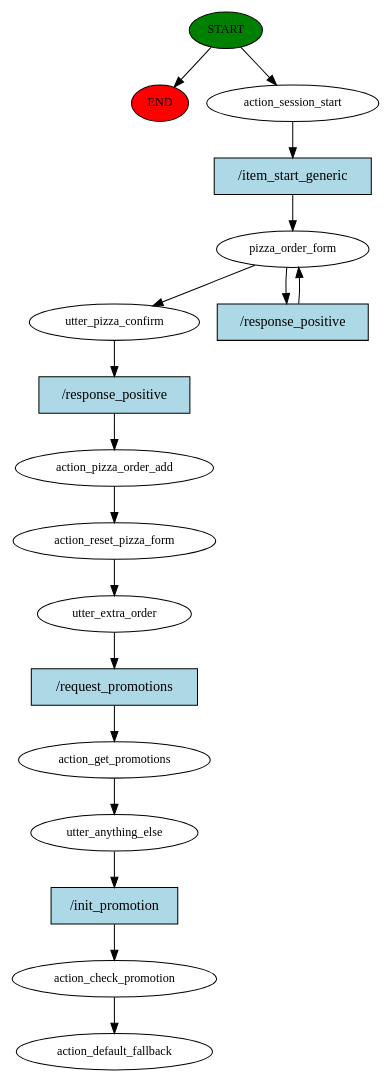
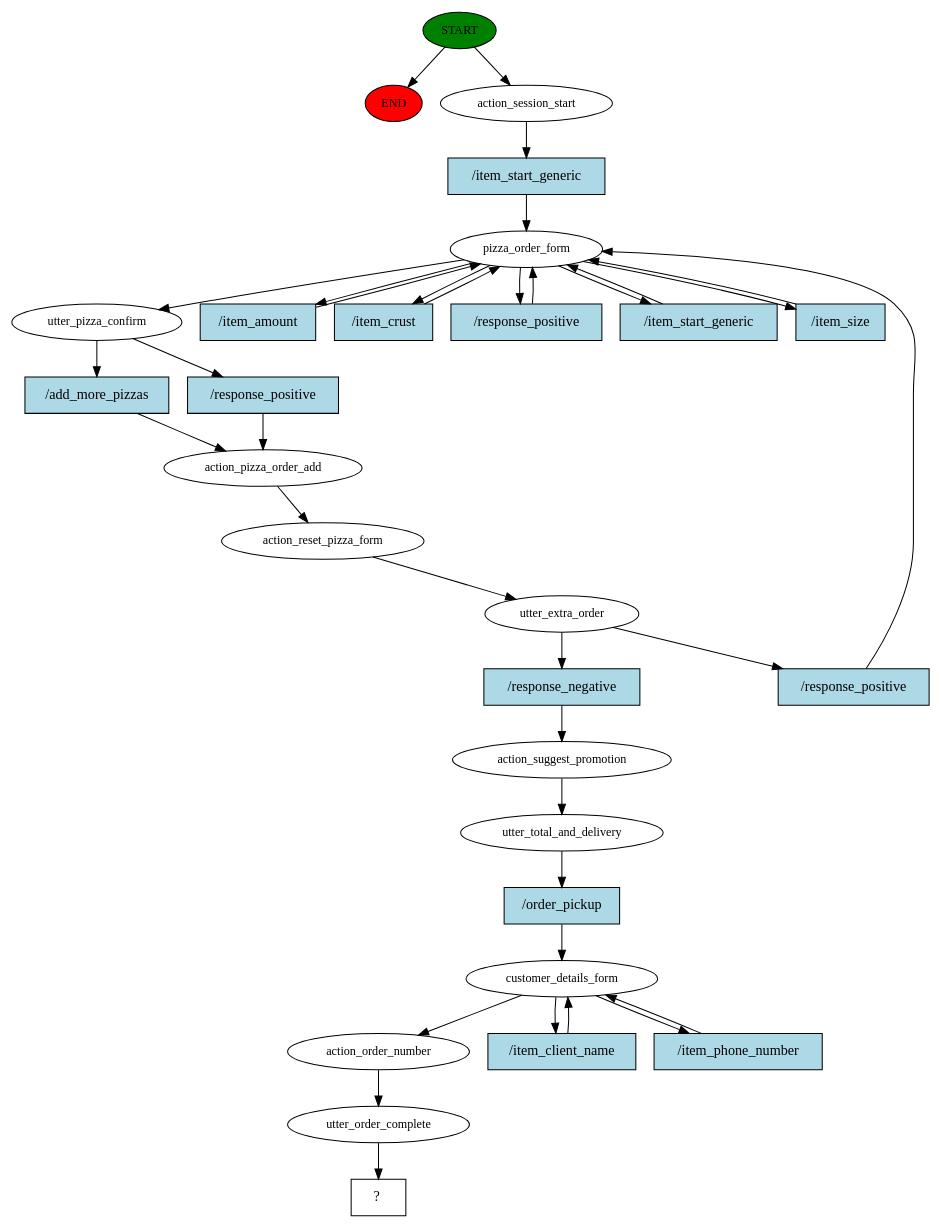
One commit to pasterzewa/HMD-PizzaBot-project changed the diagram in story_graph.dot. Above: the diagram before and after it, drawn with Graphviz. The commit also changed 279 other files, not shown here.

```diff
--- a/story_graph.dot
+++ b/story_graph.dot
@@ -1,36 +1,64 @@
 digraph  {
 0 [class="start active", fillcolor=green, fontsize=12, label=START, style=filled];
 "-1" [class=end, fillcolor=red, fontsize=12, label=END, style=filled];
 1 [class=active, fontsize=12, label=action_session_start];
 2 [class=active, fontsize=12, label=pizza_order_form];
-4 [class=active, fontsize=12, label=utter_pizza_confirm];
-5 [class=active, fontsize=12, label=action_pizza_order_add];
-6 [class=active, fontsize=12, label=action_reset_pizza_form];
-7 [class=active, fontsize=12, label=utter_extra_order];
-8 [class=active, fontsize=12, label=action_get_promotions];
-9 [class=active, fontsize=12, label=utter_anything_else];
-10 [class=active, fontsize=12, label=action_check_promotion];
-11 [class="dashed active", fontsize=12, label=action_default_fallback];
-12 [class="intent active", fillcolor=lightblue, label="/item_start_generic", shape=rect, style=filled];
-13 [class="intent active", fillcolor=lightblue, label="/response_positive", shape=rect, style=filled];
-14 [class="intent active", fillcolor=lightblue, label="/response_positive", shape=rect, style=filled];
-15 [class="intent active", fillcolor=lightblue, label="/request_promotions", shape=rect, style=filled];
-16 [class="intent active", fillcolor=lightblue, label="/init_promotion", shape=rect, style=filled];
+6 [class=active, fontsize=12, label=utter_pizza_confirm];
+7 [class=active, fontsize=12, label=action_pizza_order_add];
+8 [class=active, fontsize=12, label=action_reset_pizza_form];
+9 [class=active, fontsize=12, label=utter_extra_order];
+18 [class=active, fontsize=12, label=action_suggest_promotion];
+19 [class=active, fontsize=12, label=utter_total_and_delivery];
+20 [class=active, fontsize=12, label=customer_details_form];
+23 [class=active, fontsize=12, label=action_order_number];
+24 [class=active, fontsize=12, label=utter_order_complete];
+25 [class="intent dashed active", label="  ?  ", shape=rect];
+26 [class="intent active", fillcolor=lightblue, label="/item_start_generic", shape=rect, style=filled];
+27 [class="intent active", fillcolor=lightblue, label="/item_amount", shape=rect, style=filled];
+28 [class="intent active", fillcolor=lightblue, label="/item_crust", shape=rect, style=filled];
+29 [class="intent active", fillcolor=lightblue, label="/response_positive", shape=rect, style=filled];
+30 [class="intent active", fillcolor=lightblue, label="/item_start_generic", shape=rect, style=filled];
+31 [class="intent active", fillcolor=lightblue, label="/item_size", shape=rect, style=filled];
+32 [class="intent active", fillcolor=lightblue, label="/add_more_pizzas", shape=rect, style=filled];
+33 [class="intent active", fillcolor=lightblue, label="/response_positive", shape=rect, style=filled];
+34 [class="intent active", fillcolor=lightblue, label="/response_negative", shape=rect, style=filled];
+35 [class="intent active", fillcolor=lightblue, label="/response_positive", shape=rect, style=filled];
+36 [class="intent active", fillcolor=lightblue, label="/order_pickup", shape=rect, style=filled];
+37 [class="intent active", fillcolor=lightblue, label="/item_client_name", shape=rect, style=filled];
+38 [class="intent active", fillcolor=lightblue, label="/item_phone_number", shape=rect, style=filled];
 0 -> "-1"  [class="", key=NONE, label=""];
 0 -> 1  [class=active, key=NONE, label=""];
-1 -> 12  [class=active, key=0];
-2 -> 4  [class=active, key=NONE, label=""];
-2 -> 13  [class=active, key=0];
-4 -> 14  [class=active, key=0];
-5 -> 6  [class=active, key=NONE, label=""];
-6 -> 7  [class=active, key=NONE, label=""];
-7 -> 15  [class=active, key=0];
+1 -> 26  [class=active, key=0];
+2 -> 6  [class=active, key=NONE, label=""];
+2 -> 27  [class=active, key=0];
+2 -> 28  [class=active, key=0];
+2 -> 29  [class=active, key=0];
+2 -> 30  [class=active, key=0];
+2 -> 31  [class=active, key=0];
+6 -> 32  [class=active, key=0];
+6 -> 33  [class=active, key=0];
+7 -> 8  [class=active, key=NONE, label=""];
 8 -> 9  [class=active, key=NONE, label=""];
-9 -> 16  [class=active, key=0];
-10 -> 11  [class=active, key=NONE, label=""];
-12 -> 2  [class=active, key=0];
-13 -> 2  [class=active, key=0];
-14 -> 5  [class=active, key=0];
-15 -> 8  [class=active, key=0];
-16 -> 10  [class=active, key=0];
+9 -> 34  [class=active, key=0];
+9 -> 35  [class=active, key=0];
+18 -> 19  [class=active, key=NONE, label=""];
+19 -> 36  [class=active, key=0];
+20 -> 23  [class=active, key=NONE, label=""];
+20 -> 37  [class=active, key=0];
+20 -> 38  [class=active, key=0];
+23 -> 24  [class=active, key=NONE, label=""];
+24 -> 25  [class=active, key=NONE, label=""];
+26 -> 2  [class=active, key=0];
+27 -> 2  [class=active, key=0];
+28 -> 2  [class=active, key=0];
+29 -> 2  [class=active, key=0];
+30 -> 2  [class=active, key=0];
+31 -> 2  [class=active, key=0];
+32 -> 7  [class=active, key=0];
+33 -> 7  [class=active, key=0];
+34 -> 18  [class=active, key=0];
+35 -> 2  [class=active, key=0];
+36 -> 20  [class=active, key=0];
+37 -> 20  [class=active, key=0];
+38 -> 20  [class=active, key=0];
 }
```
